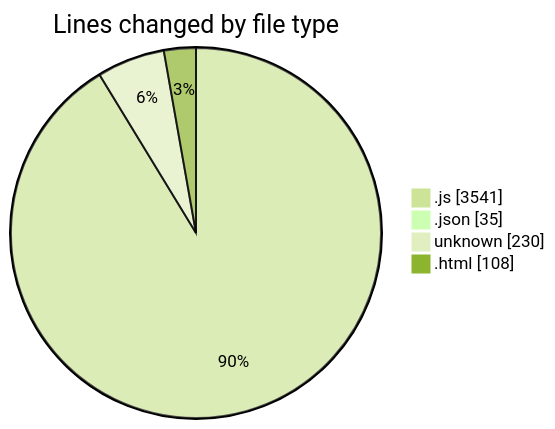
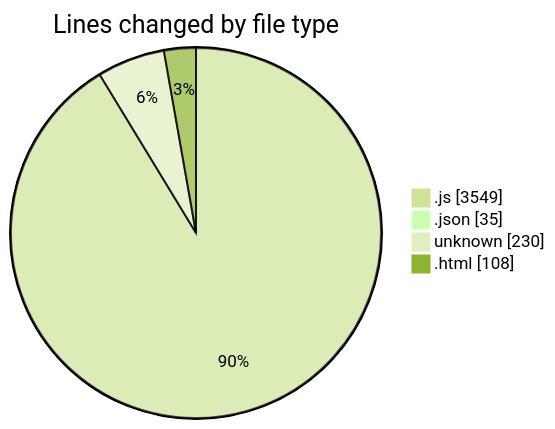
One commit to becaeroporto-bot/code-tracking changed the first of 2 diagrams in 2026-02-20/bot_i_a/README.md. Above: the diagram before and after it, drawn with Mermaid (forest theme). The commit also changed other lines of this file and 1 other file, not shown here.

````diff
--- a/2026-02-20/bot_i_a/README.md
+++ b/2026-02-20/bot_i_a/README.md
@@ -44,8 +44,8 @@
 ```mermaid
 pie showData
 title Lines changed by file type
-".js" : 3541
+".js" : 3549
 ".json" : 35
 "unknown" : 230
 ".html" : 108
 ```
````
